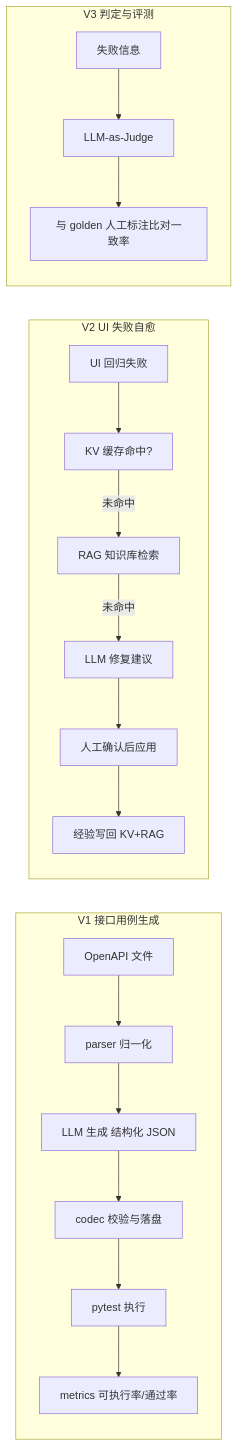
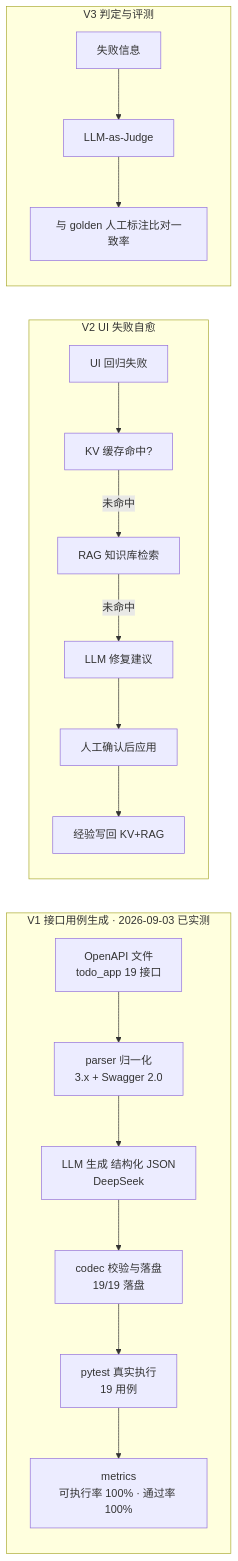
The diagram in README.md (pjy-2024/AI-TAE), drawn with Mermaid before and after one commit. The commit also changed other lines of this file and 2 other files, not shown here.

Commit message:
docs: V1 实测数据流架构图 + 三轮通过率趋势（42→68→100%）

````diff
--- a/README.md
+++ b/README.md
@@ -18,21 +18,21 @@
 ```mermaid
 flowchart LR
-    subgraph V1[V1 接口用例生成]
-        A[OpenAPI 文件] --> B[parser 归一化]
-        B --> C[LLM 生成 结构化 JSON]
-        C --> D[codec 校验与落盘]
-        D --> E[pytest 执行]
-        E --> F[metrics 可执行率/通过率]
+    subgraph V1["V1 接口用例生成 · 2026-09-03 已实测"]
+        A["OpenAPI 文件<br/>todo_app 19 接口"] --> B["parser 归一化<br/>3.x + Swagger 2.0"]
+        B --> C["LLM 生成 结构化 JSON<br/>DeepSeek"]
+        C --> D["codec 校验与落盘<br/>19/19 落盘"]
+        D --> E["pytest 真实执行<br/>19 用例"]
+        E --> F["metrics<br/>可执行率 100% · 通过率 100%"]
     end
     subgraph V2[V2 UI 失败自愈]
         G[UI 回归失败] --> H[KV 缓存命中?]
         H -- 未命中 --> I[RAG 知识库检索]
         I -- 未命中 --> J[LLM 修复建议]
         J --> K[人工确认后应用]
         K --> L[经验写回 KV+RAG]
     end
     subgraph V3[V3 判定与评测]
         M[失败信息] --> N[LLM-as-Judge]
         N --> O[与 golden 人工标注比对一致率]
     end
 ```
````
